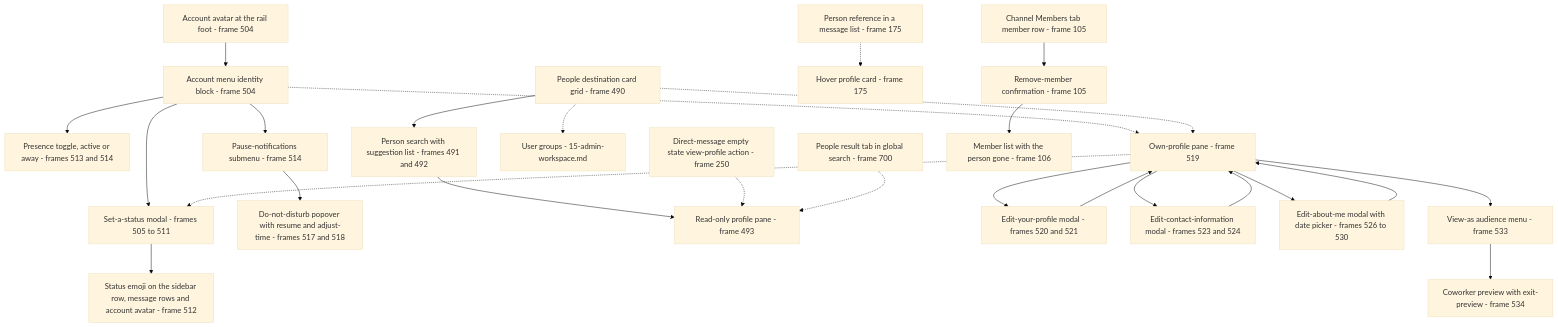
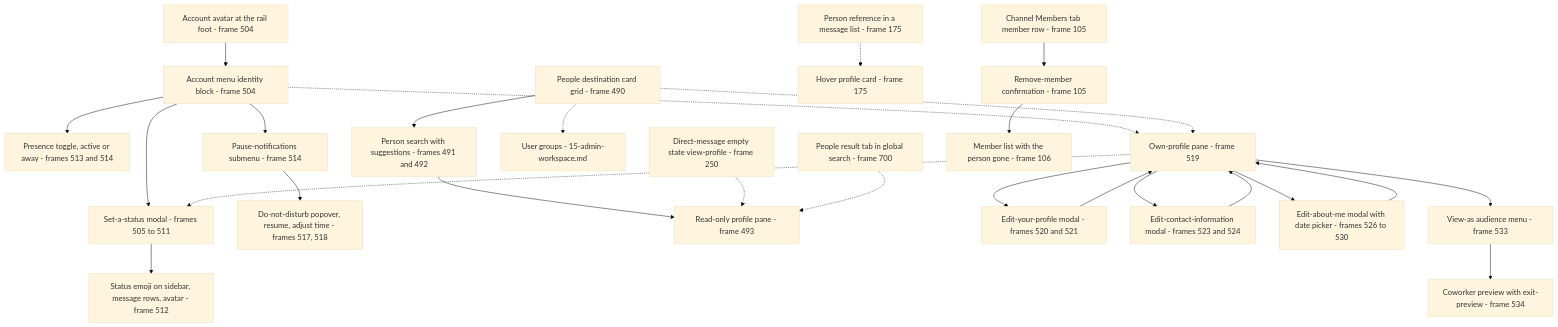
One commit to blitzy-research/blitzy-slack changed the diagram in docs/workflows/13-profiles-people.md. Above: the diagram before and after it, drawn with Mermaid (base theme). The commit also changed 18 other files, not shown here.

````diff
--- a/docs/workflows/13-profiles-people.md
+++ b/docs/workflows/13-profiles-people.md
@@ -236,28 +236,53 @@
 ```mermaid
 flowchart TD
-    RAILAVATAR["Account avatar at the rail foot - frame 504"] --> ACCTMENU["Account menu identity block - frame 504"]
-    ACCTMENU --> STATUSMODAL["Set-a-status modal - frames 505 to 511"]
-    STATUSMODAL --> SURFACED["Status emoji on the sidebar row, message rows and account avatar - frame 512"]
-    ACCTMENU --> PRESENCE["Presence toggle, active or away - frames 513 and 514"]
-    ACCTMENU --> PAUSE["Pause-notifications submenu - frame 514"]
-    PAUSE --> DND["Do-not-disturb popover with resume and adjust-time - frames 517 and 518"]
+    RAILAVATAR["Account avatar at the rail foot - frame 504"]
+    ACCTMENU["Account menu identity block - frame 504"]
+    STATUSMODAL["Set-a-status modal - frames 505 to 511"]
+    SURFACED["Status emoji on sidebar, message rows, avatar - frame 512"]
+    PRESENCE["Presence toggle, active or away - frames 513 and 514"]
+    PAUSE["Pause-notifications submenu - frame 514"]
+    DND["Do-not-disturb popover, resume, adjust time - frames 517, 518"]
+    PEOPLEDEST["People destination card grid - frame 490"]
+    PEOPLESEARCH["Person search with suggestions - frames 491 and 492"]
+    OTHERPANE["Read-only profile pane - frame 493"]
+    OWNPANE["Own-profile pane - frame 519"]
+    USERGROUPS["User groups - 15-admin-workspace.md"]
+    DMEMPTY["Direct-message empty state view-profile - frame 250"]
+    MENTIONREF["Person reference in a message list - frame 175"]
+    HOVERCARD["Hover profile card - frame 175"]
+    PEOPLETAB["People result tab in global search - frame 700"]
+    EDITNAME["Edit-your-profile modal - frames 520 and 521"]
+    EDITCONTACT["Edit-contact-information modal - frames 523 and 524"]
+    EDITABOUT["Edit-about-me modal with date picker - frames 526 to 530"]
+    VIEWAS["View-as audience menu - frame 533"]
+    PREVIEW["Coworker preview with exit-preview - frame 534"]
+    MEMBERROW["Channel Members tab member row - frame 105"]
+    REMOVECONFIRM["Remove-member confirmation - frame 105"]
+    MEMBERLIST["Member list with the person gone - frame 106"]
+
+    RAILAVATAR --> ACCTMENU
+    ACCTMENU --> STATUSMODAL
+    STATUSMODAL --> SURFACED
+    ACCTMENU --> PRESENCE
+    ACCTMENU --> PAUSE
+    PAUSE --> DND
     ACCTMENU -.-> OWNPANE
-    PEOPLEDEST["People destination card grid - frame 490"] --> PEOPLESEARCH["Person search with suggestion list - frames 491 and 492"]
-    PEOPLESEARCH --> OTHERPANE["Read-only profile pane - frame 493"]
-    PEOPLEDEST -.-> OWNPANE["Own-profile pane - frame 519"]
-    PEOPLEDEST -.-> USERGROUPS["User groups - 15-admin-workspace.md"]
-    DMEMPTY["Direct-message empty state view-profile action - frame 250"] -.-> OTHERPANE
-    MENTIONREF["Person reference in a message list - frame 175"] -.-> HOVERCARD["Hover profile card - frame 175"]
-    PEOPLETAB["People result tab in global search - frame 700"] -.-> OTHERPANE
-    OWNPANE --> EDITNAME["Edit-your-profile modal - frames 520 and 521"]
-    OWNPANE --> EDITCONTACT["Edit-contact-information modal - frames 523 and 524"]
-    OWNPANE --> EDITABOUT["Edit-about-me modal with date picker - frames 526 to 530"]
-    OWNPANE --> VIEWAS["View-as audience menu - frame 533"]
-    VIEWAS --> PREVIEW["Coworker preview with exit-preview - frame 534"]
+    PEOPLEDEST --> PEOPLESEARCH
+    PEOPLESEARCH --> OTHERPANE
+    PEOPLEDEST -.-> OWNPANE
+    PEOPLEDEST -.-> USERGROUPS
+    DMEMPTY -.-> OTHERPANE
+    MENTIONREF -.-> HOVERCARD
+    PEOPLETAB -.-> OTHERPANE
+    OWNPANE --> EDITNAME
+    OWNPANE --> EDITCONTACT
+    OWNPANE --> EDITABOUT
+    OWNPANE --> VIEWAS
+    VIEWAS --> PREVIEW
     OWNPANE -.-> STATUSMODAL
     EDITNAME --> OWNPANE
     EDITCONTACT --> OWNPANE
     EDITABOUT --> OWNPANE
-    MEMBERROW["Channel Members tab member row - frame 105"] --> REMOVECONFIRM["Remove-member confirmation - frame 105"]
-    REMOVECONFIRM --> MEMBERLIST["Member list with the person gone - frame 106"]
+    MEMBERROW --> REMOVECONFIRM
+    REMOVECONFIRM --> MEMBERLIST
 ```
````
